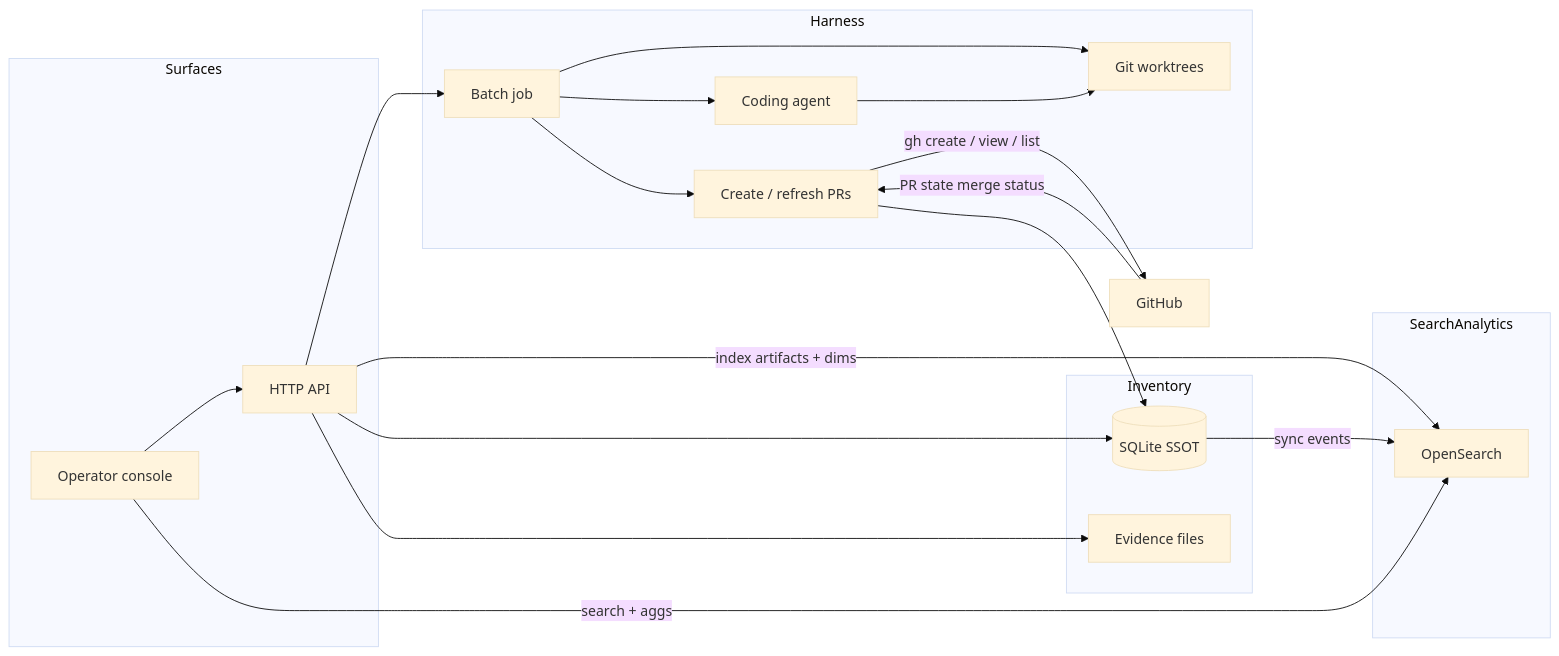
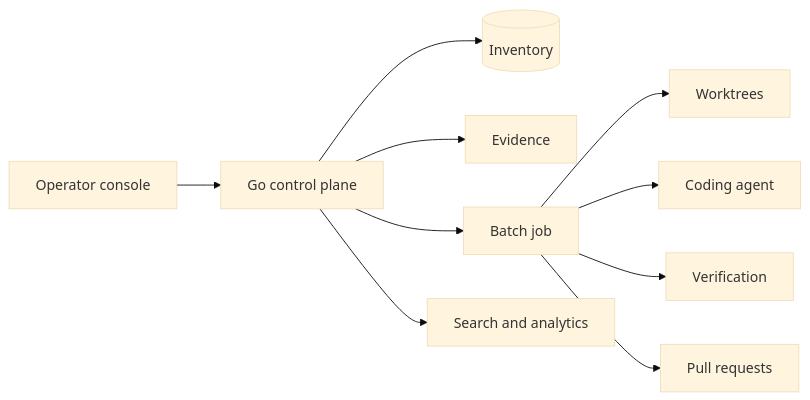
One commit to binartist/about-me changed the diagram in src/en/products/defect_drainer.md. Above: the diagram before and after it, drawn with Mermaid (base theme). The commit also changed other lines of this file and 10 other files, not shown here.

````diff
--- a/src/en/products/defect_drainer.md
+++ b/src/en/products/defect_drainer.md
@@ -34,35 +25,12 @@
 ```mermaid
 flowchart LR
-  subgraph Surfaces
-    Console[Operator console]
-    API[HTTP API]
-  end
-  subgraph Inventory
-    SQLite[(SQLite SSOT)]
-    Evidence[Evidence files]
-  end
-  subgraph Harness
-    Batch[Batch job]
-    WT[Git worktrees]
-    Agent[Coding agent]
-    PR[Create / refresh PRs]
-  end
-  subgraph SearchAnalytics
-    OS[OpenSearch]
-  end
-  GH[GitHub]
-  Console --> API
-  API --> SQLite
-  API --> Evidence
-  API --> Batch
-  Batch --> WT
-  Batch --> Agent
-  Agent --> WT
-  Batch --> PR
-  PR -->|gh create / view / list| GH
-  GH -->|PR state merge status| PR
-  PR --> SQLite
-  API -->|index artifacts + dims| OS
-  SQLite -->|sync events| OS
-  Console -->|search + aggs| OS
+  Console[Operator console] --> API[Go control plane]
+  API --> Inv[(Inventory)]
+  API --> Evidence[Evidence]
+  API --> Batch[Batch job]
+  Batch --> WT[Worktrees]
+  Batch --> Agent[Coding agent]
+  Batch --> Verify[Verification]
+  Batch --> PR[Pull requests]
+  API --> Search[Search and analytics]
 ```
````
